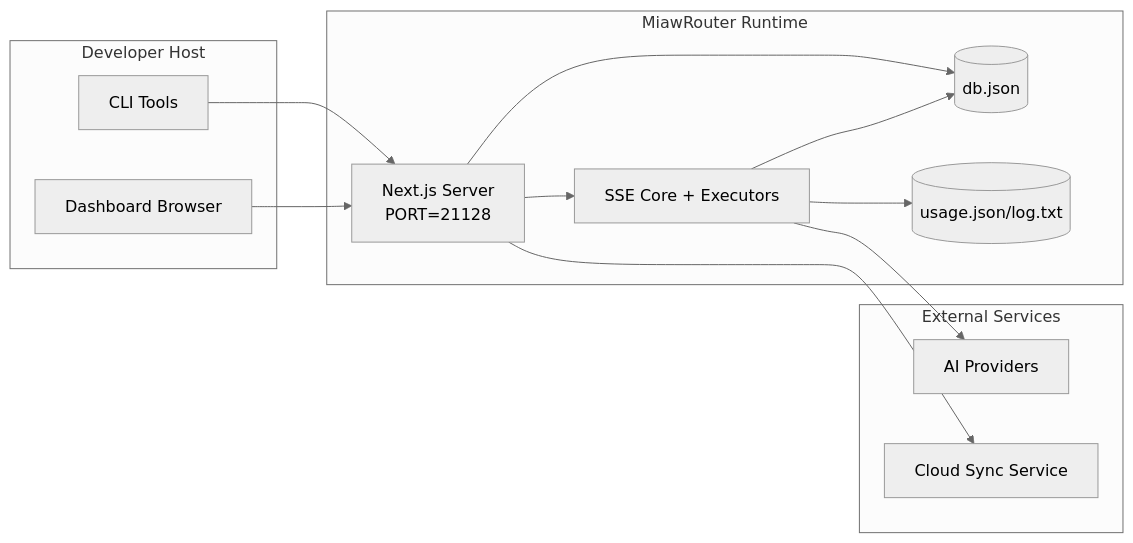
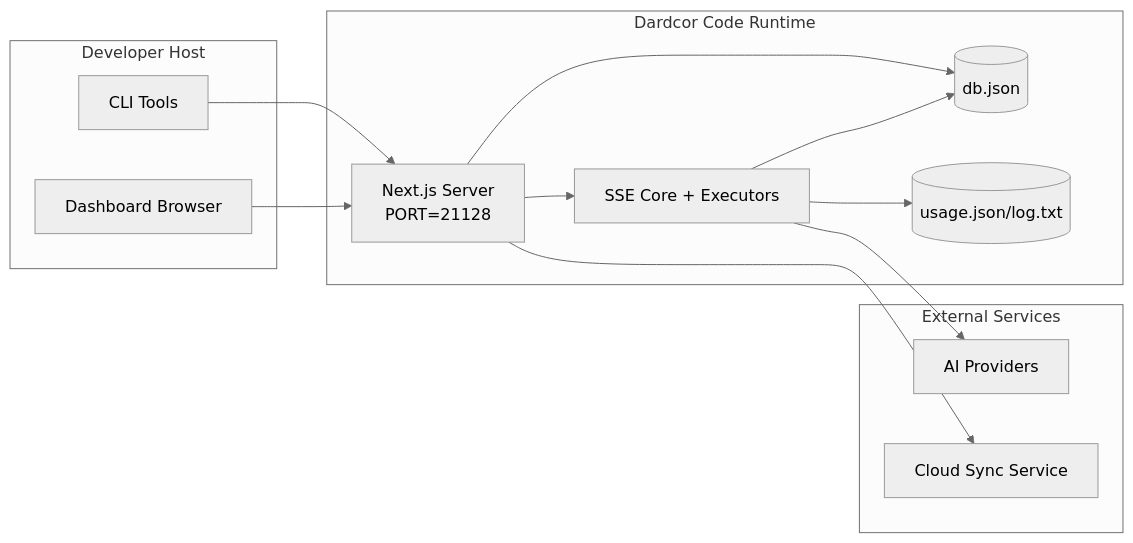
Before and after one commit to Dardcor/Dardcor-Code: the seventh of 7 diagrams in .dardcor-provider/docs/ARCHITECTURE.md, drawn with Mermaid (neutral theme). The commit also changed other lines of this file and 563 other files, not shown here.

Commit message:
feat: rebrand provider to Dardcor Code, apply purple theme, update favicons and launcher

````diff
--- a/.dardcor-provider/docs/ARCHITECTURE.md
+++ b/.dardcor-provider/docs/ARCHITECTURE.md
@@ -387,28 +387,28 @@
 ```mermaid
 flowchart LR
     subgraph LocalHost[Developer Host]
         CLI[CLI Tools]
         Browser[Dashboard Browser]
     end
 
-    subgraph ContainerOrProcess[MiawRouter Runtime]
+    subgraph ContainerOrProcess[Dardcor Code Runtime]
         Next[Next.js Server\nPORT=21128]
         Core[SSE Core + Executors]
         MainDB[(db.json)]
         UsageDB[(usage.json/log.txt)]
     end
 
     subgraph External[External Services]
         Providers[AI Providers]
         SyncCloud[Cloud Sync Service]
     end
 
     CLI --> Next
     Browser --> Next
     Next --> Core
     Next --> MainDB
     Core --> MainDB
     Core --> UsageDB
     Core --> Providers
     Next --> SyncCloud
 ```
````
